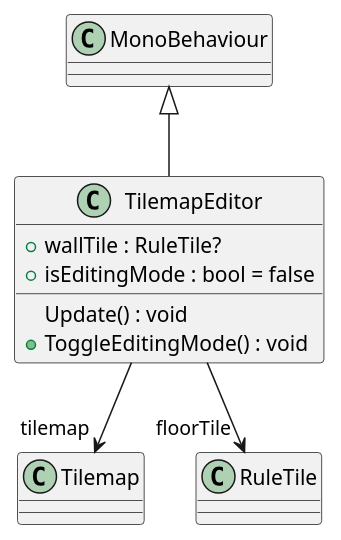
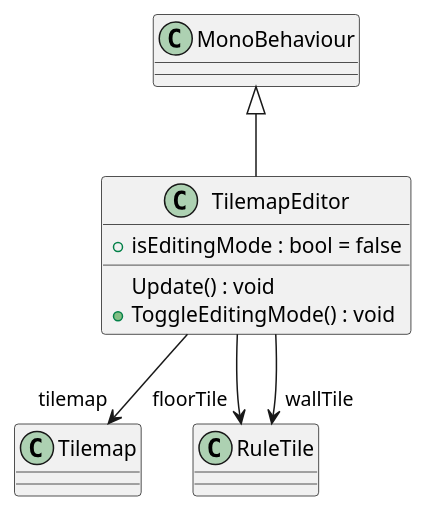
One commit to mysteryfungus/DungeonGeneratorUnity changed the diagram in UML/DungeonGeneration/MapLayoutEditor.puml. Above: the diagram before and after it, drawn with PlantUML. The commit also changed 61 other files, not shown here.

Commit message:
Generate UML (Generate UML)

```diff
--- a/UML/DungeonGeneration/MapLayoutEditor.puml
+++ b/UML/DungeonGeneration/MapLayoutEditor.puml
@@ -1,11 +1,11 @@
 @startuml
 class TilemapEditor {
-    + wallTile : RuleTile?
     + isEditingMode : bool = false
     Update() : void
     + ToggleEditingMode() : void
 }
 MonoBehaviour <|-- TilemapEditor
 TilemapEditor --> "tilemap" Tilemap
 TilemapEditor --> "floorTile" RuleTile
+TilemapEditor --> "wallTile" RuleTile
 @enduml
```
